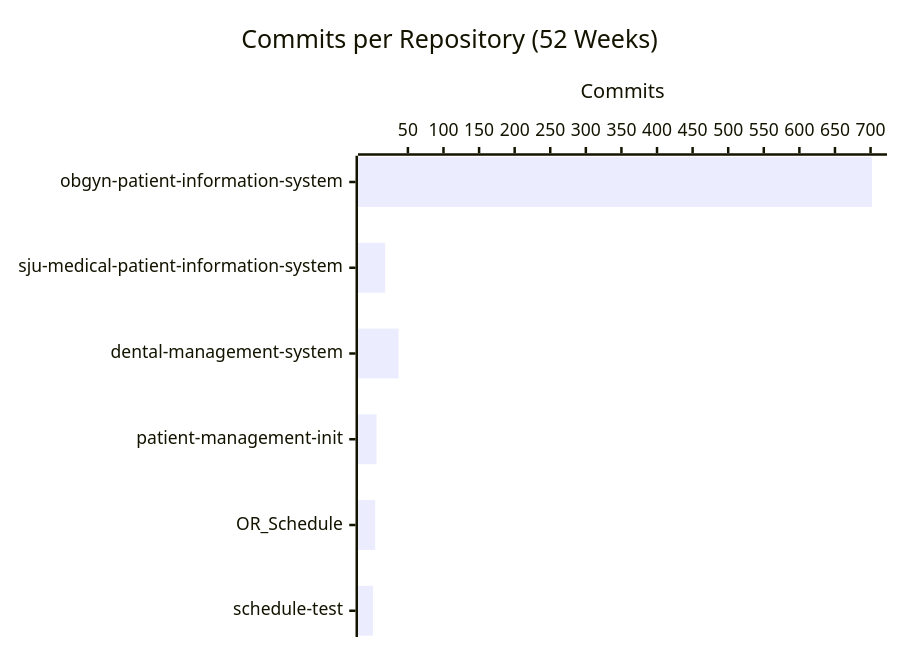
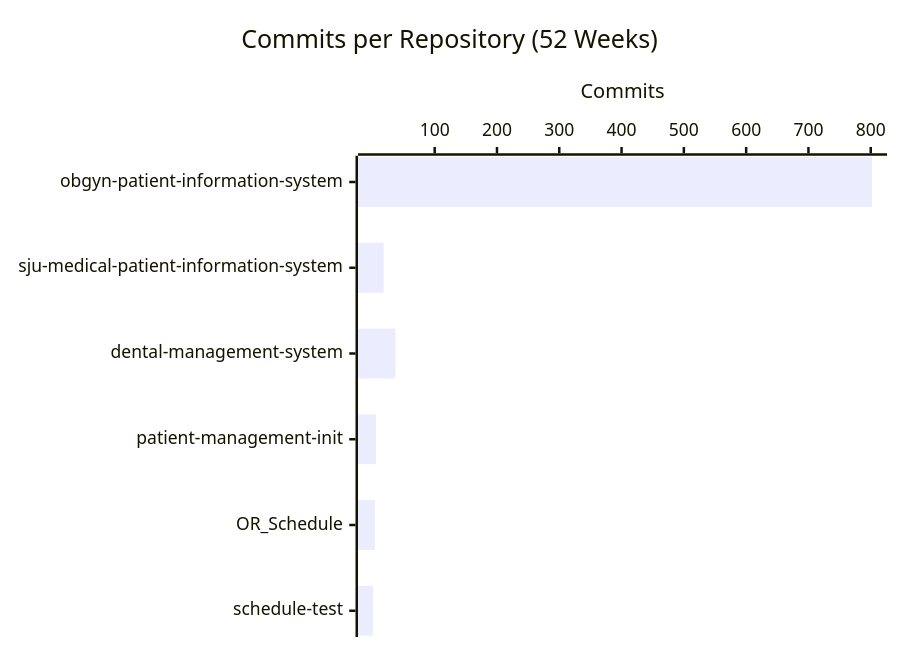
One commit to CSTH-Projects/.github changed the second of 4 diagrams in profile/README.md. Above: the diagram before and after it, drawn with Mermaid. The commit also changed other lines of this file, not shown here.

````diff
--- a/profile/README.md
+++ b/profile/README.md
@@ -24,7 +24,7 @@
 ```mermaid
 xychart-beta horizontal
     title "Commits per Repository (52 Weeks)"
     x-axis ["obgyn-patient-information-system", "sju-medical-patient-information-system", "dental-management-system", "patient-management-init", "OR_Schedule", "schedule-test"]
     y-axis "Commits"
-    bar [702, 18, 37, 6, 4, 1]
+    bar [802, 18, 37, 6, 4, 1]
 ```
````
